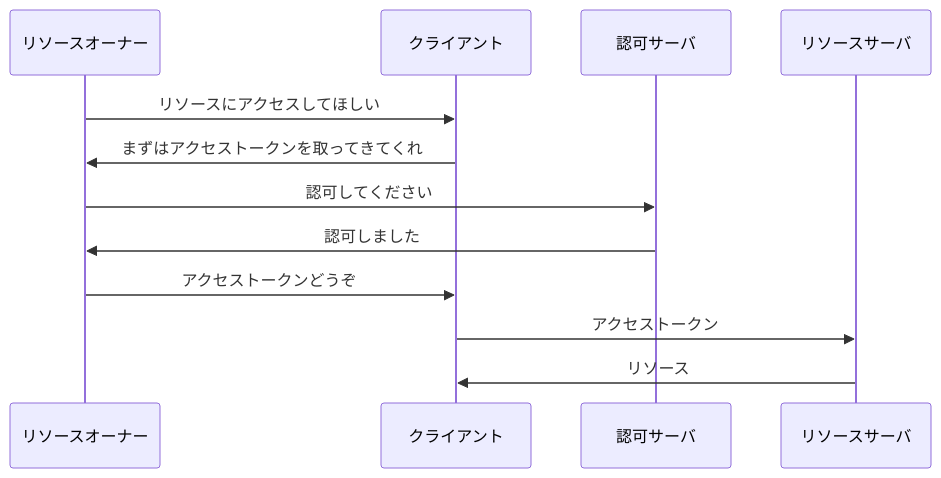
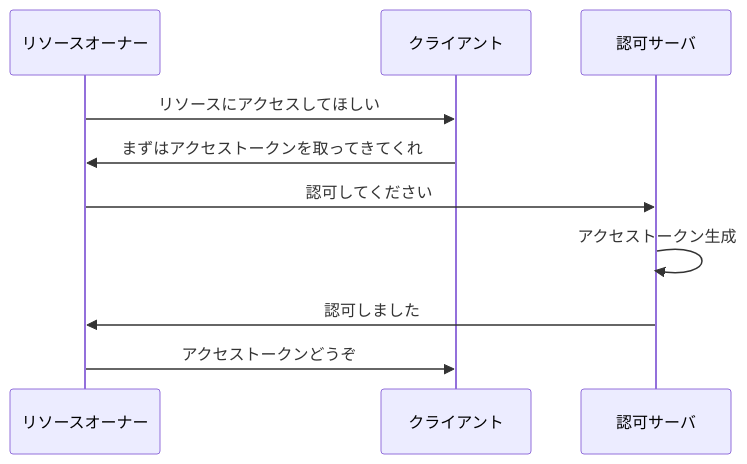
Before and after one commit to calloc134/zenn-dir: the second of 20 diagrams in articles/5e8da6c491e720.md, drawn with Mermaid. The commit also changed other lines of this file, not shown here.

````diff
--- a/articles/5e8da6c491e720.md
+++ b/articles/5e8da6c491e720.md
@@ -421,15 +414,13 @@
 ```mermaid
 sequenceDiagram
     participant リソースオーナー
     participant クライアント
     participant 認可サーバ
-    participant リソースサーバ
 
     リソースオーナー->>クライアント: リソースにアクセスしてほしい
     クライアント->>リソースオーナー: まずはアクセストークンを取ってきてくれ
     リソースオーナー->>認可サーバ: 認可してください
+    認可サーバ->>認可サーバ: アクセストークン生成
     認可サーバ->>リソースオーナー: 認可しました
     リソースオーナー->>クライアント: アクセストークンどうぞ
-    クライアント->>リソースサーバ: アクセストークン
-    リソースサーバ->>クライアント: リソース
 ```
````
